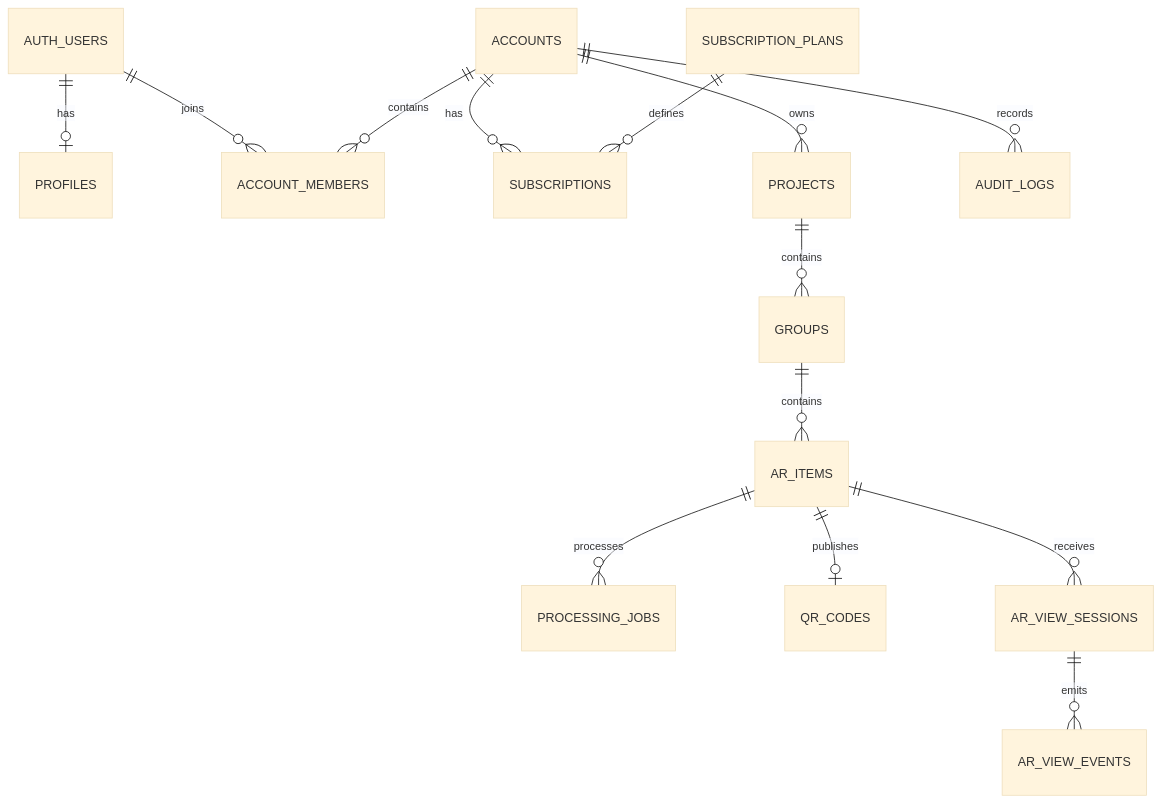
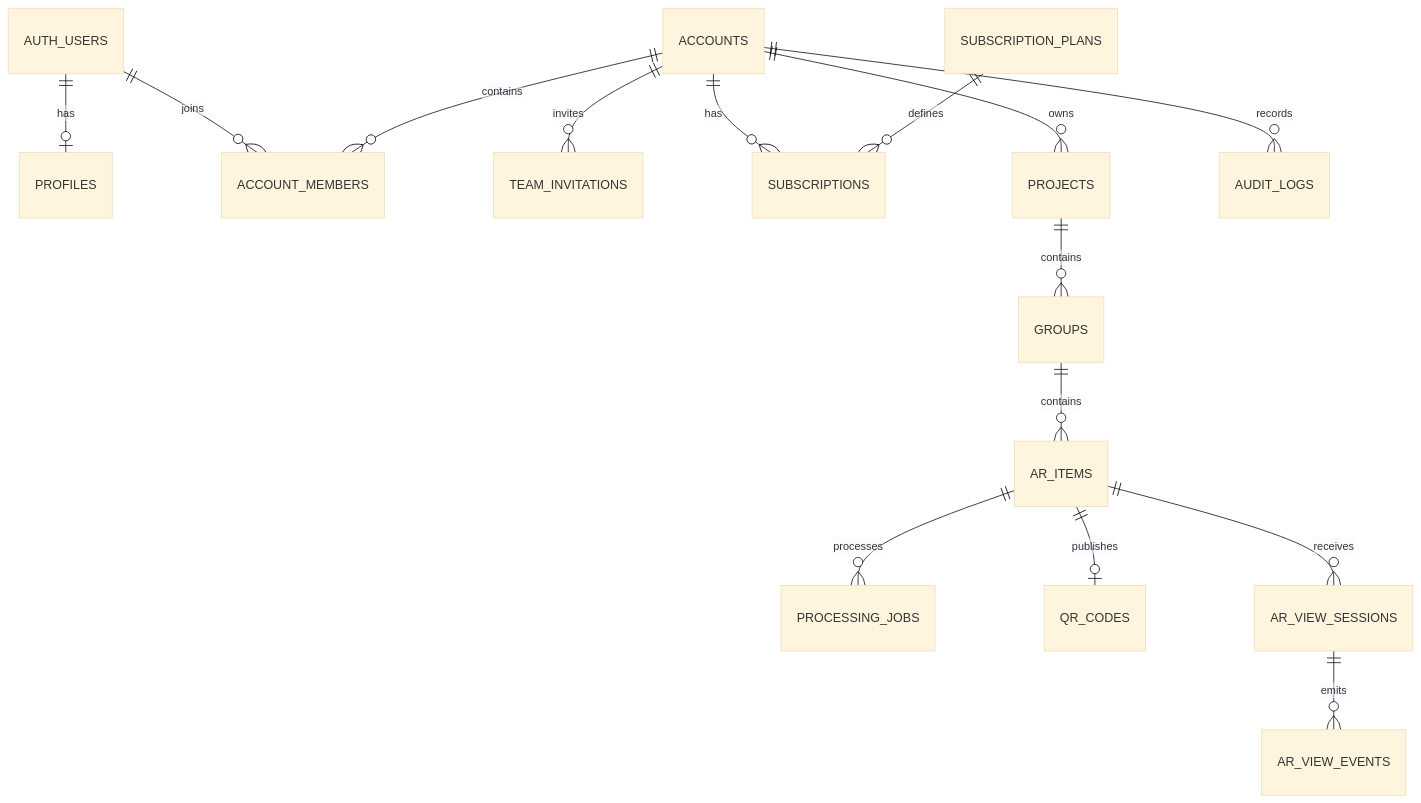
One commit to abdulkadyrov/ar.photo changed the diagram in DATABASE.md. Above: the diagram before and after it, drawn with Mermaid (base theme). The commit also changed other lines of this file and 5 other files, not shown here.

````diff
--- a/DATABASE.md
+++ b/DATABASE.md
@@ -157,16 +165,17 @@
 ```mermaid
 erDiagram
   AUTH_USERS ||--o| PROFILES : has
   AUTH_USERS ||--o{ ACCOUNT_MEMBERS : joins
   ACCOUNTS ||--o{ ACCOUNT_MEMBERS : contains
+  ACCOUNTS ||--o{ TEAM_INVITATIONS : invites
   ACCOUNTS ||--o{ SUBSCRIPTIONS : has
   SUBSCRIPTION_PLANS ||--o{ SUBSCRIPTIONS : defines
   ACCOUNTS ||--o{ PROJECTS : owns
   PROJECTS ||--o{ GROUPS : contains
   GROUPS ||--o{ AR_ITEMS : contains
   AR_ITEMS ||--o{ PROCESSING_JOBS : processes
   AR_ITEMS ||--o| QR_CODES : publishes
   AR_ITEMS ||--o{ AR_VIEW_SESSIONS : receives
   AR_VIEW_SESSIONS ||--o{ AR_VIEW_EVENTS : emits
   ACCOUNTS ||--o{ AUDIT_LOGS : records
 ```
````
